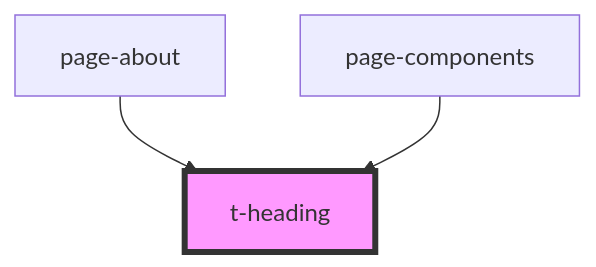
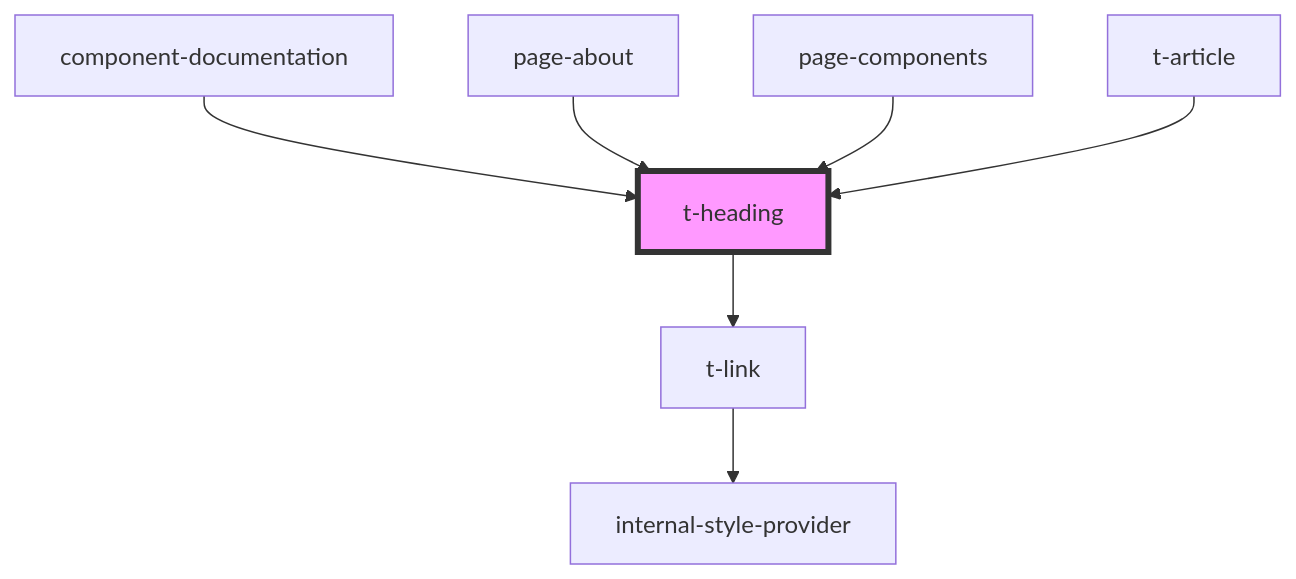
Before and after one commit to TomasEng/web-components: the diagram in packages/t-web-components/src/components/t-heading/readme.md, drawn with Mermaid. The commit also changed other lines of this file and 27 other files, not shown here.

````diff
--- a/packages/t-web-components/src/components/t-heading/readme.md
+++ b/packages/t-web-components/src/components/t-heading/readme.md
@@ -23,6 +29,10 @@
 ```mermaid
 graph TD;
+  t-heading --> t-link
+  t-link --> internal-style-provider
+  component-documentation --> t-heading
   page-about --> t-heading
   page-components --> t-heading
+  t-article --> t-heading
   style t-heading fill:#f9f,stroke:#333,stroke-width:4px
 ```
````
